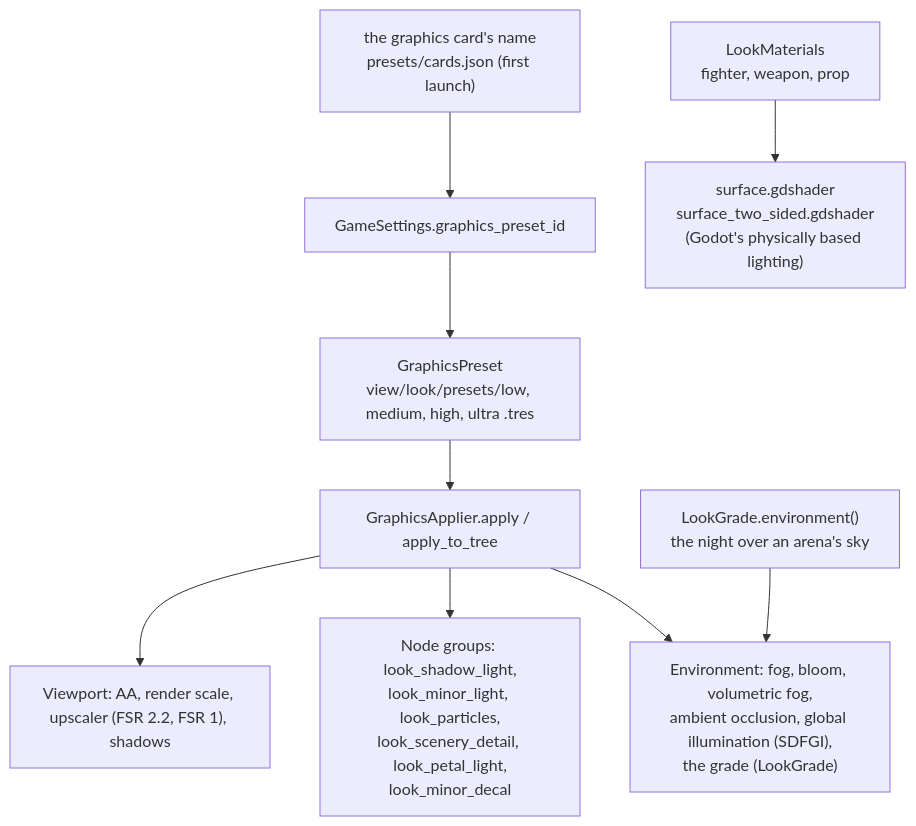
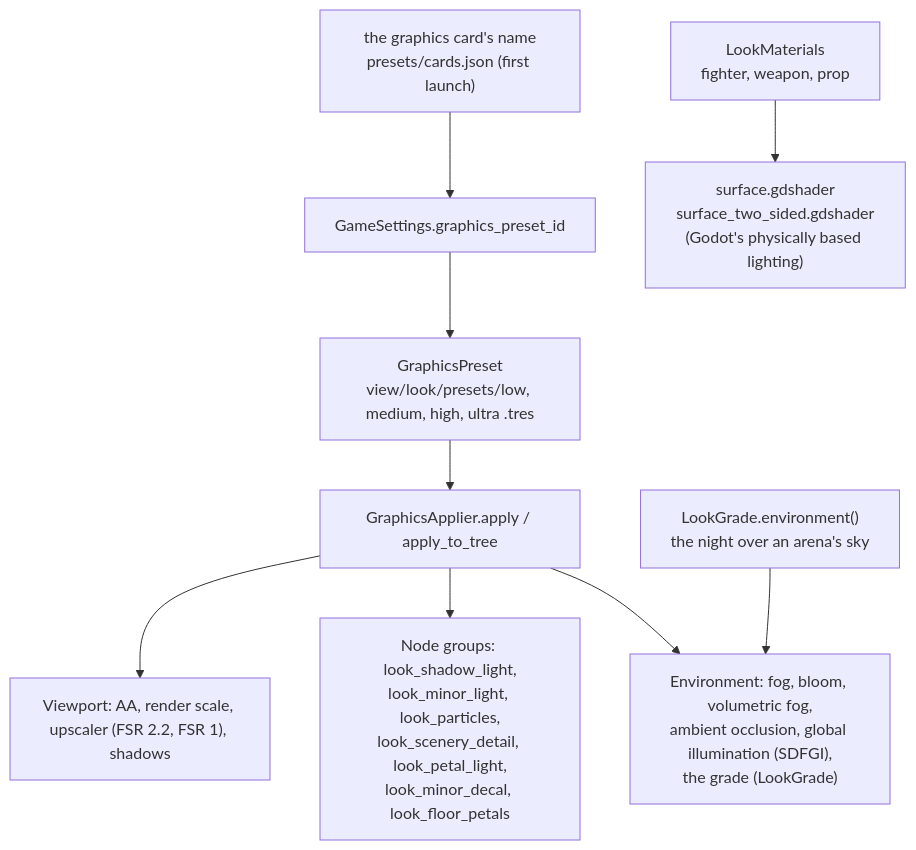
One commit to Arod231/monomachia changed diagram 15 of 22 in docs/architecture.md. Above: the diagram before and after it, drawn with Mermaid. The commit also changed other lines of this file and 26 other files, not shown here.

First line of the commit message:
Fallen petals collect on the Shrine's floor and scatter round the fighters (M1 task 137)

````diff
--- a/docs/architecture.md
+++ b/docs/architecture.md
@@ -790,12 +791,12 @@
 ```mermaid
 flowchart TD
     CARD["the graphics card's name<br/>presets/cards.json (first launch)"] --> GSET
     GSET["GameSettings.graphics_preset_id"] --> PRESET["GraphicsPreset<br/>view/look/presets/low, medium, high, ultra .tres"]
     PRESET --> APP["GraphicsApplier.apply / apply_to_tree"]
     APP --> VP["Viewport: AA, render scale, upscaler (FSR 2.2, FSR 1), shadows"]
-    APP --> GROUPS["Node groups: look_shadow_light,<br/>look_minor_light, look_particles,<br/>look_scenery_detail, look_petal_light,<br/>look_minor_decal"]
+    APP --> GROUPS["Node groups: look_shadow_light,<br/>look_minor_light, look_particles,<br/>look_scenery_detail, look_petal_light,<br/>look_minor_decal, look_floor_petals"]
     APP --> ENV["Environment: fog, bloom, volumetric fog,<br/>ambient occlusion, global illumination (SDFGI),<br/>the grade (LookGrade)"]
 
     LM["LookMaterials<br/>fighter, weapon, prop"] --> SURF["surface.gdshader<br/>surface_two_sided.gdshader<br/>(Godot's physically based lighting)"]
     LG["LookGrade.environment()<br/>the night over an arena's sky"] --> ENV
 ```
````
